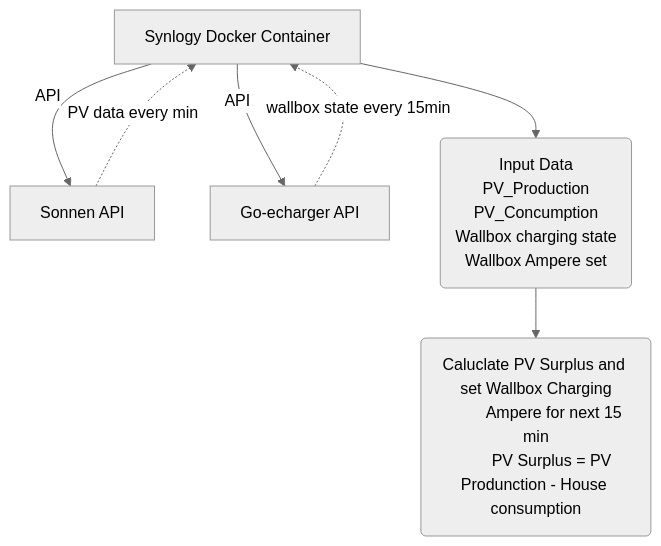
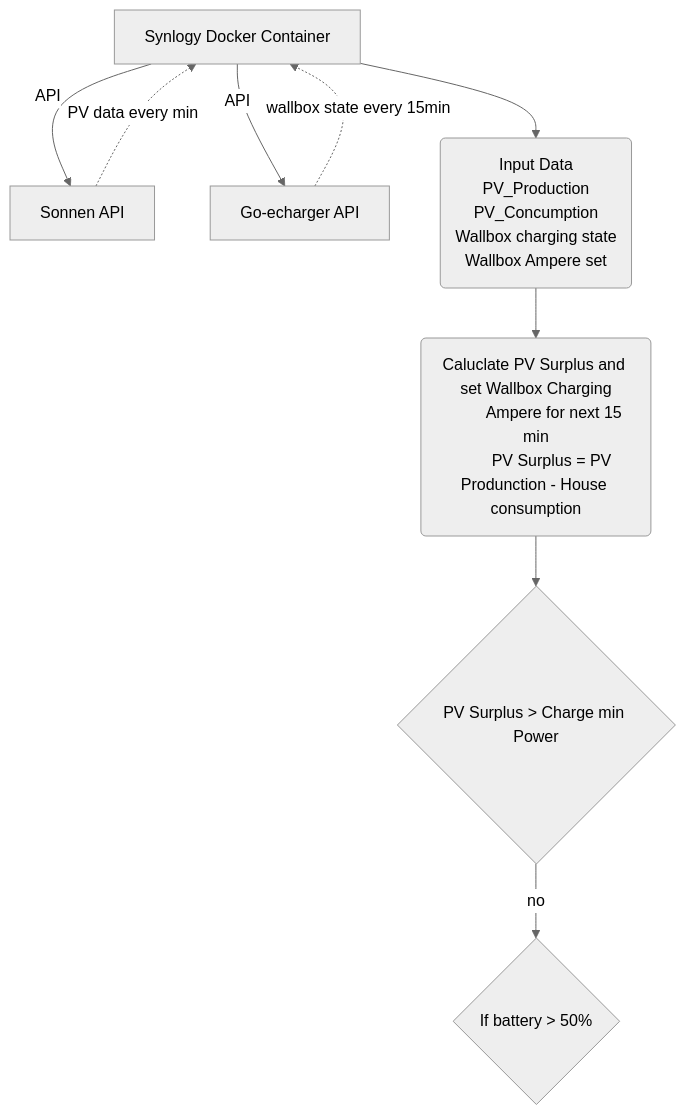
Before and after one commit to schwabenschulle/pvcharger: the diagram in README.md, drawn with Mermaid (neutral theme).

````diff
--- a/README.md
+++ b/README.md
@@ -22,15 +22,18 @@
 ```mermaid
 graph TD
 A[Synlogy Docker Container] -->|API| B[Sonnen API]
 B[Sonnen API] -.->|PV data every min| A[Synlogy Docker Container]
 A[Synlogy Docker Container] -->|API| C[Go-echarger API]
 C[Go-echarger API] -.->|wallbox state every 15min| A[Synlogy Docker Container]
 A[Synlogy Docker Container] -->D("Input Data
                 PV_Production
                 PV_Concumption
                 Wallbox charging state
                 Wallbox Ampere set")
 D --> E("Caluclate PV Surplus and set Wallbox Charging
          Ampere for next 15 min
         PV Surplus = PV Produnction - House consumption")
+E --> F{"PV Surplus > Charge min Power"}
+F -->|no| G{"If battery > 50%"}
+
 ```
````
